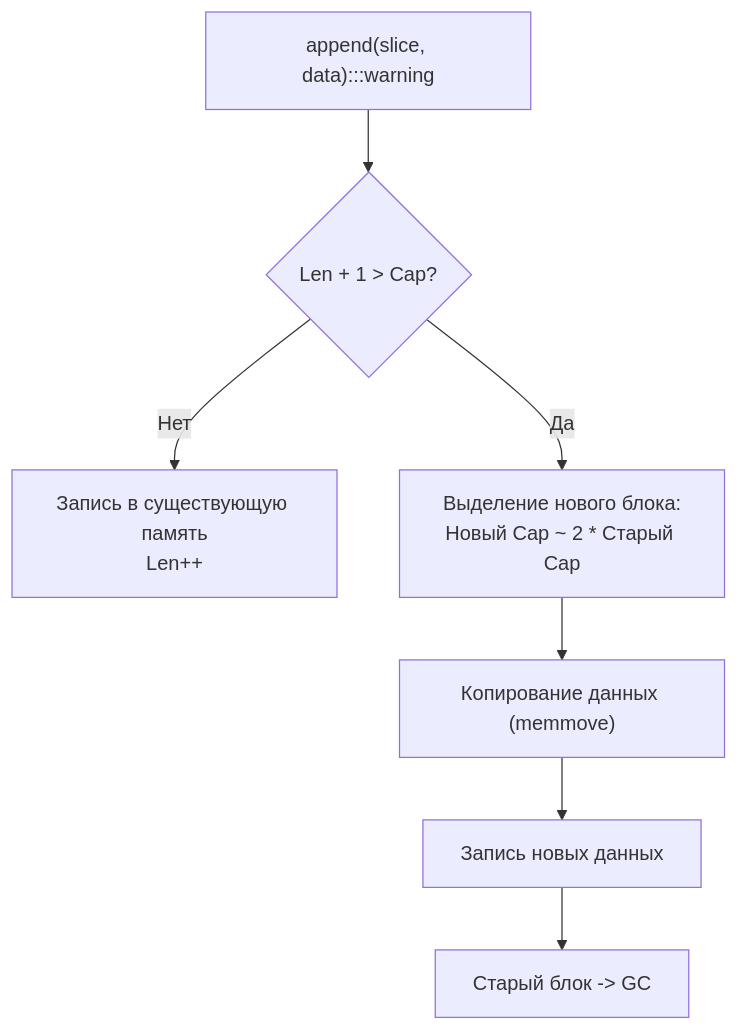
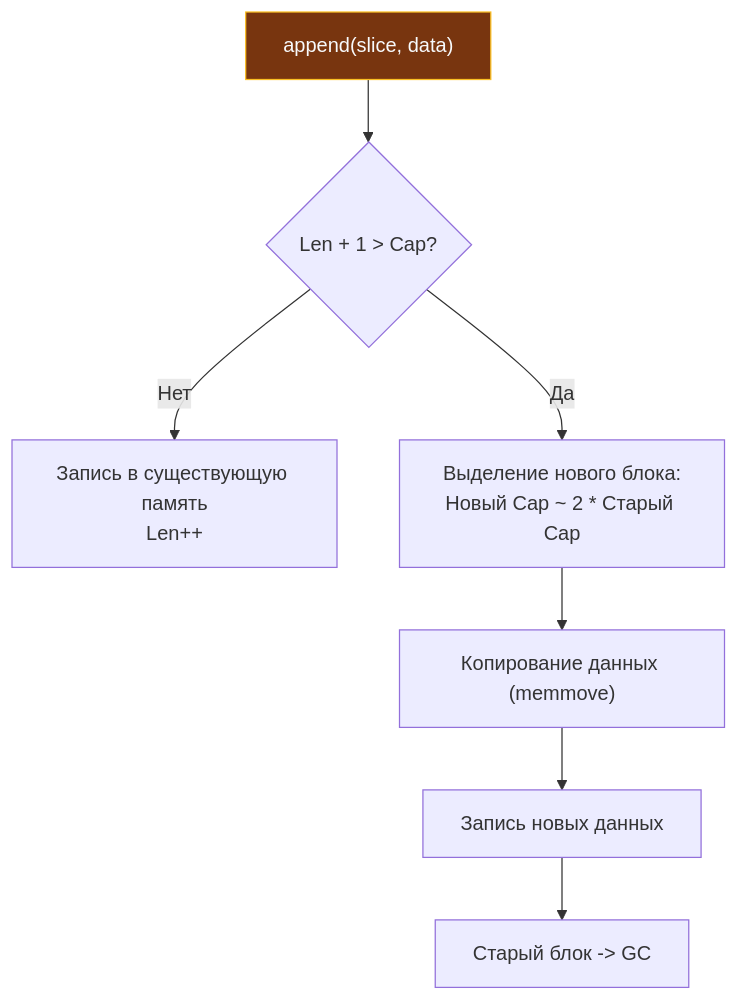
Before and after one commit to UnrealTemplier/go-textbook-ru: the diagram in sources/6. Стандартная библиотека Go/8. bytes. Работа с []byte и буферами.md, drawn with Mermaid. The commit also changed 166 other files, not shown here.

First line of the commit message:
fix(mermaid): move :::class out of quoted node labels

````diff
--- a/sources/6. Стандартная библиотека Go/8. bytes. Работа с []byte и буферами.md
+++ b/sources/6. Стандартная библиотека Go/8. bytes. Работа с []byte и буферами.md
@@ -54,19 +54,19 @@
 ```mermaid
 flowchart TD
     classDef process  fill:#1e293b,stroke:#38bdf8,stroke-width:1px,color:#f8fafc
     classDef success  fill:#064e3b,stroke:#34d399,stroke-width:1px,color:#f8fafc
     classDef error    fill:#7f1d1d,stroke:#f87171,stroke-width:1px,color:#f8fafc
     classDef warning  fill:#78350f,stroke:#fbbf24,stroke-width:1px,color:#f8fafc
     classDef entry    fill:#1e3a5f,stroke:#38bdf8,stroke-width:2px,color:#f8fafc
     classDef aux      fill:#334155,stroke:#64748b,stroke-width:1px,color:#f8fafc
     classDef system   fill:#312e81,stroke:#a78bfa,stroke-width:1px,color:#f8fafc
     classDef data     fill:#132d29,stroke:#2dd4bf,stroke-width:1px,color:#f8fafc
     classDef network  fill:#881337,stroke:#fb7185,stroke-width:1px,color:#f8fafc
     classDef accent   fill:#1e1b4b,stroke:#818cf8,stroke-width:1px,color:#f8fafc
-    A["append(slice, data):::warning"] --> B{"Len + 1 > Cap?"}
+    A["append(slice, data)"]:::warning --> B{"Len + 1 > Cap?"}
     B -->|Нет| C["Запись в существующую память<br>Len++"]
     B -->|Да| D["Выделение нового блока:<br>Новый Cap ~ 2 * Старый Cap"]
     D --> E["Копирование данных (memmove)"]
     E --> F["Запись новых данных"]
     F --> G["Старый блок -> GC"]
 ```
````
